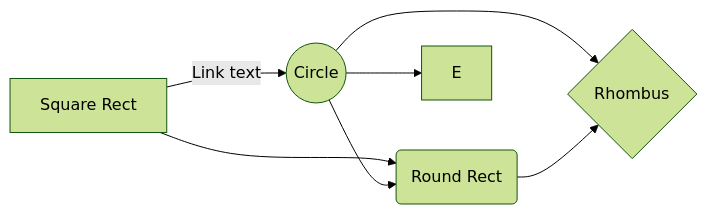
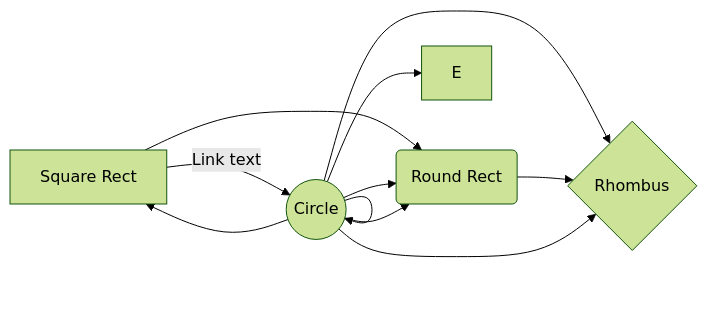
The second of 2 diagrams in GIT CHEAT SHEET.md (ZuckerburgWho/Test2), drawn with Mermaid (forest theme) before and after one commit. The commit also changed other lines of this file, not shown here.

````diff
--- a/GIT CHEAT SHEET.md
+++ b/GIT CHEAT SHEET.md
@@ -50,9 +186,14 @@
 ```mermaid
 graph LR
 A[Square Rect] -- Link text --> B((Circle))
 A --> C(Round Rect)
 B --> D{Rhombus}
 C --> D
 B --> C
+B --> A
+B --> B
+B --> C
+B --> D
 B --> E
+B --> B
 ```
````
